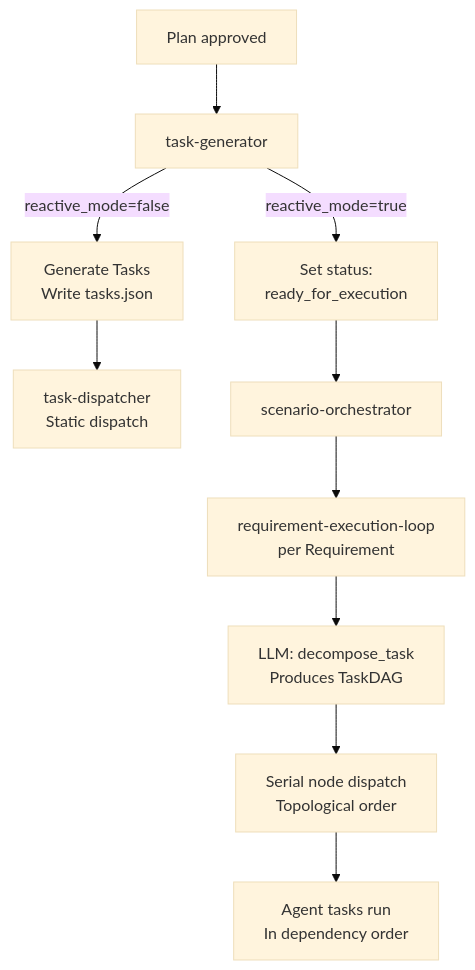
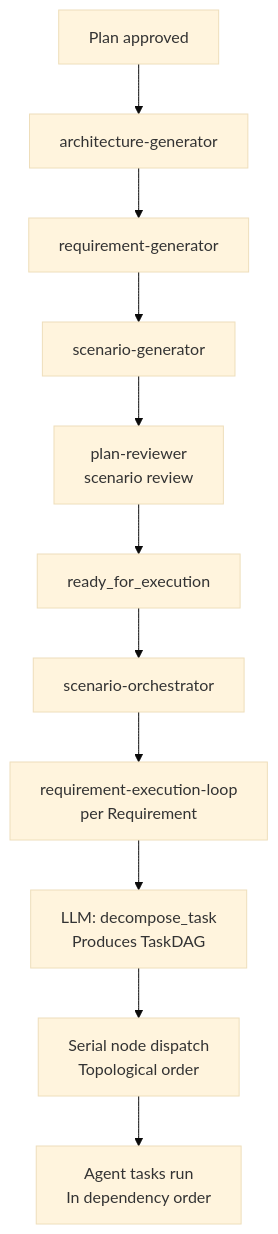
Before and after one commit to C360Studio/semspec: the first of 2 diagrams in docs/03-architecture.md, drawn with Mermaid (base theme). The commit also changed other lines of this file and 10 other files, not shown here.

````diff
--- a/docs/03-architecture.md
+++ b/docs/03-architecture.md
@@ -282,12 +281,13 @@
 ```mermaid
 flowchart TD
-    A[Plan approved] --> B[task-generator]
-    B -->|reactive_mode=false| C[Generate Tasks\nWrite tasks.json]
-    B -->|reactive_mode=true| D[Set status:\nready_for_execution]
-    C --> E[task-dispatcher\nStatic dispatch]
+    A[Plan approved] --> AG[architecture-generator]
+    AG --> RG[requirement-generator]
+    RG --> SG[scenario-generator]
+    SG --> PR[plan-reviewer\nscenario review]
+    PR --> D[ready_for_execution]
     D --> F[scenario-orchestrator]
     F --> G[requirement-execution-loop\nper Requirement]
     G --> H[LLM: decompose_task\nProduces TaskDAG]
     H --> I[Serial node dispatch\nTopological order]
     I --> J[Agent tasks run\nIn dependency order]
 ```
````
